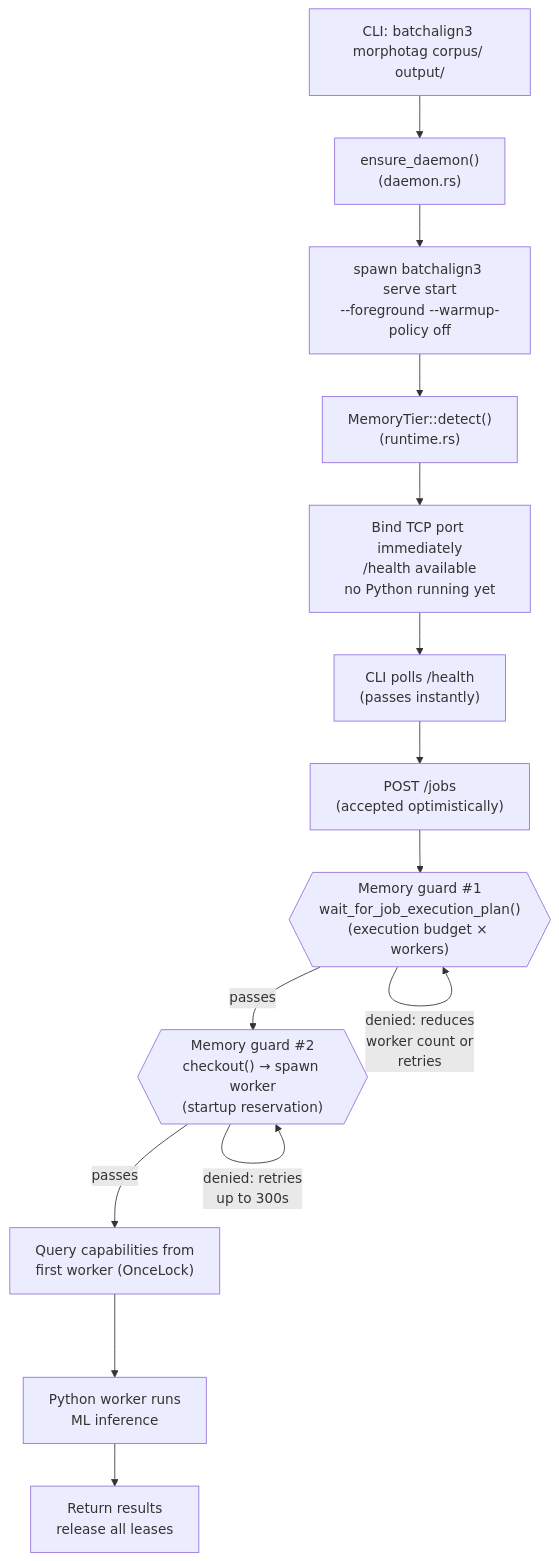
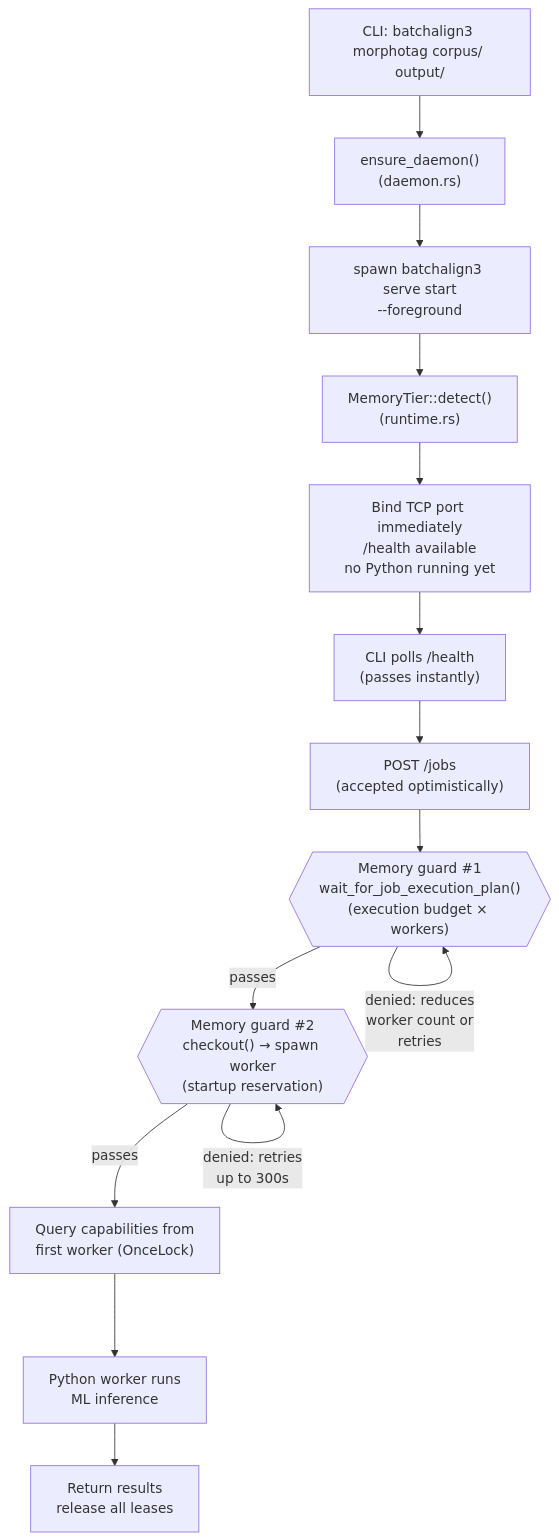
One commit to TalkBank/talkbank-tools changed the fifth of 7 diagrams in book/src/architecture/runtime/batchalign-workers.md. Above: the diagram before and after it, drawn with Mermaid. The commit also changed other lines of this file and 141 other files, not shown here.

````diff
--- a/book/src/architecture/runtime/batchalign-workers.md
+++ b/book/src/architecture/runtime/batchalign-workers.md
@@ -213,29 +213,29 @@
 ```mermaid
 flowchart TD
     start["CLI: batchalign3 morphotag corpus/ output/"]
     daemon["ensure_daemon()\n(daemon.rs)"]
-    spawn_server["spawn batchalign3 serve start\n--foreground --warmup-policy off"]
+    spawn_server["spawn batchalign3 serve start\n--foreground"]
     tier_detect["MemoryTier::detect()\n(runtime.rs)"]
     bind["Bind TCP port immediately\n/health available\nno Python running yet"]
     health_poll["CLI polls /health\n(passes instantly)"]
     job_submit["POST /jobs\n(accepted optimistically)"]
     job_plan{{"Memory guard #1\nwait_for_job_execution_plan()\n(execution budget × workers)"}}
     worker_spawn{{"Memory guard #2\ncheckout() → spawn worker\n(startup reservation)"}}
     caps_detect["Query capabilities from\nfirst worker (OnceLock)"]
     inference["Python worker runs\nML inference"]
     result["Return results\nrelease all leases"]
 
     start --> daemon
     daemon --> spawn_server
     spawn_server --> tier_detect
     tier_detect --> bind
     bind --> health_poll
     health_poll --> job_submit
     job_submit --> job_plan
     job_plan -->|"passes"| worker_spawn
     job_plan -->|"denied: reduces\nworker count or\nretries"| job_plan
     worker_spawn -->|"passes"| caps_detect
     worker_spawn -->|"denied: retries\nup to 300s"| worker_spawn
     caps_detect --> inference
     inference --> result
 ```
````
